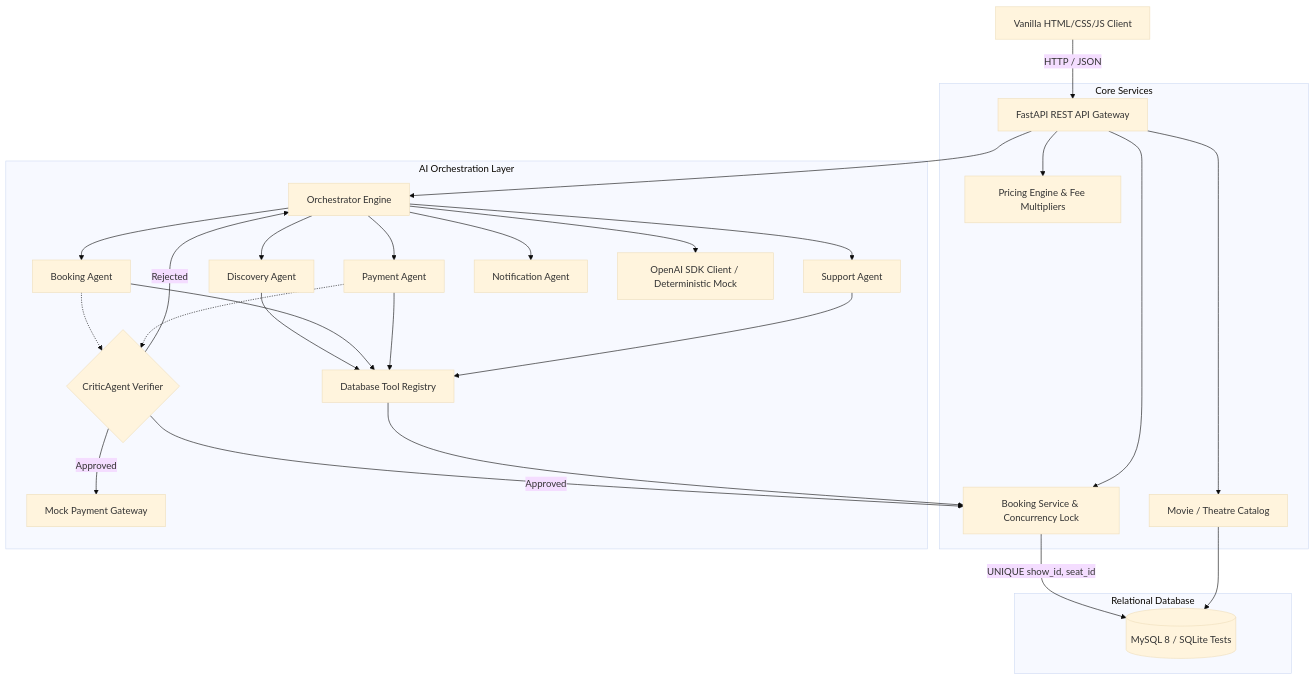
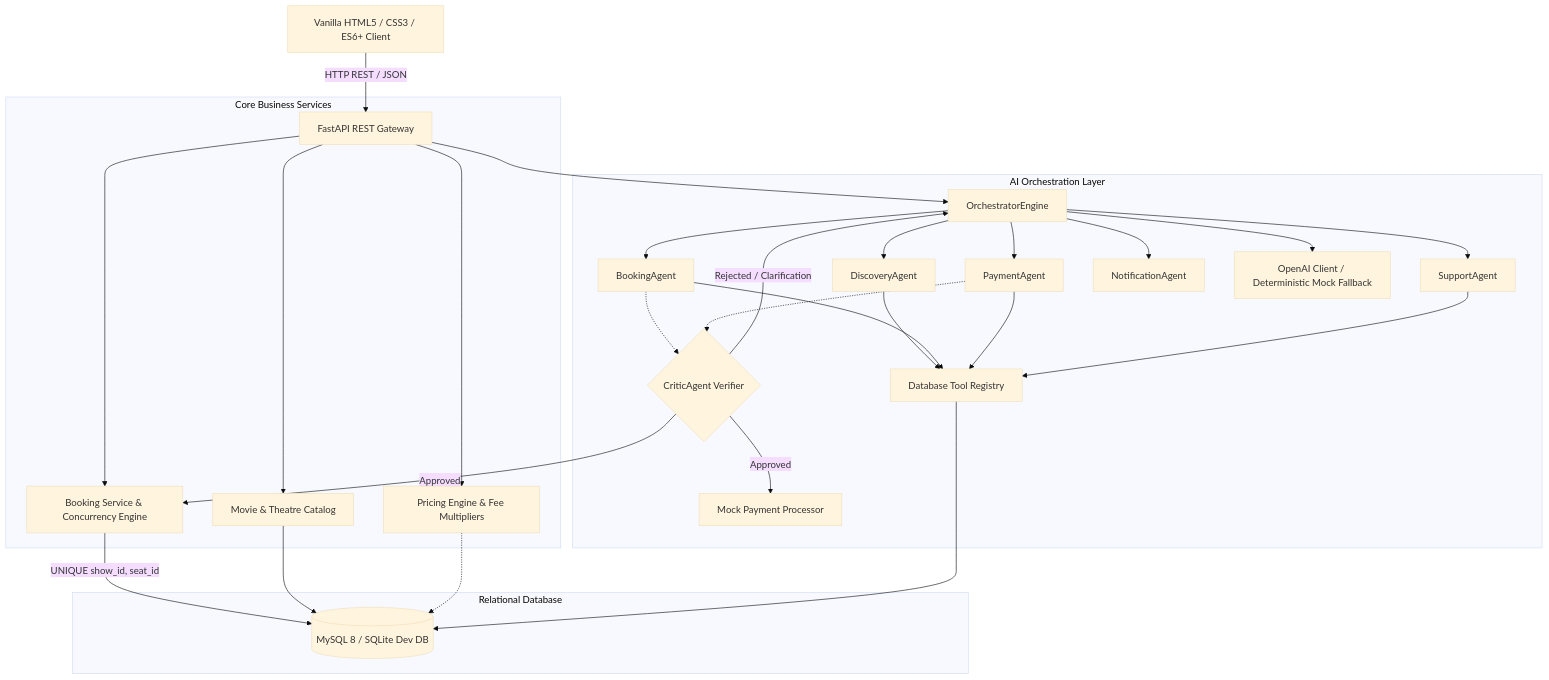
The first of 4 diagrams in README.md (ChandanMeher4/Movie-ticket-booking-system), drawn with Mermaid (base theme) before and after one commit. The commit also changed other lines of this file, not shown here.

````diff
--- a/README.md
+++ b/README.md
@@ -48,38 +115,39 @@
 ```mermaid
 graph TD
-    Client[Vanilla HTML/CSS/JS Client] -->|HTTP / JSON| FastAPI[FastAPI REST API Gateway]
+    Client[Vanilla HTML5 / CSS3 / ES6+ Client] -->|HTTP REST / JSON| Gateway[FastAPI REST Gateway]
     
-    subgraph Core Services
-        FastAPI --> MovieSvc[Movie / Theatre Catalog]
-        FastAPI --> BookingSvc[Booking Service & Concurrency Lock]
-        FastAPI --> PricingSvc[Pricing Engine & Fee Multipliers]
+    subgraph Core Business Services
+        Gateway --> MovieSvc[Movie & Theatre Catalog]
+        Gateway --> BookingSvc[Booking Service & Concurrency Engine]
+        Gateway --> PricingSvc[Pricing Engine & Fee Multipliers]
     end
 
     subgraph Relational Database
-        BookingSvc -->|UNIQUE show_id, seat_id| MySQL[(MySQL 8 / SQLite Tests)]
-        MovieSvc --> MySQL
+        BookingSvc -->|UNIQUE show_id, seat_id| DB[(MySQL 8 / SQLite Dev DB)]
+        MovieSvc --> DB
+        PricingSvc -.-> DB
     end
 
     subgraph AI Orchestration Layer
-        FastAPI --> Orchestrator[Orchestrator Engine]
-        Orchestrator --> DiscoveryAgent[Discovery Agent]
-        Orchestrator --> BookingAgent[Booking Agent]
-        Orchestrator --> PaymentAgent[Payment Agent]
-        Orchestrator --> SupportAgent[Support Agent]
-        Orchestrator --> NotificationAgent[Notification Agent]
+        Gateway --> Orchestrator[OrchestratorEngine]
+        Orchestrator --> DiscoveryAgent[DiscoveryAgent]
+        Orchestrator --> BookingAgent[BookingAgent]
+        Orchestrator --> PaymentAgent[PaymentAgent]
+        Orchestrator --> SupportAgent[SupportAgent]
+        Orchestrator --> NotificationAgent[NotificationAgent]
         
         BookingAgent -.-> CriticAgent{CriticAgent Verifier}
         PaymentAgent -.-> CriticAgent
         CriticAgent -->|Approved| BookingSvc
-        CriticAgent -->|Approved| PaymentGateway[Mock Payment Gateway]
-        CriticAgent -->|Rejected| Orchestrator
+        CriticAgent -->|Approved| PaymentGateway[Mock Payment Processor]
+        CriticAgent -->|Rejected / Clarification| Orchestrator
         
         DiscoveryAgent --> Tools[Database Tool Registry]
         BookingAgent --> Tools
         PaymentAgent --> Tools
         SupportAgent --> Tools
-        Tools --> BookingSvc
+        Tools --> DB
         
-        Orchestrator --> LLMClient[OpenAI SDK Client / Deterministic Mock]
+        Orchestrator --> LLMClient[OpenAI Client / Deterministic Mock Fallback]
     end
 ```
````
